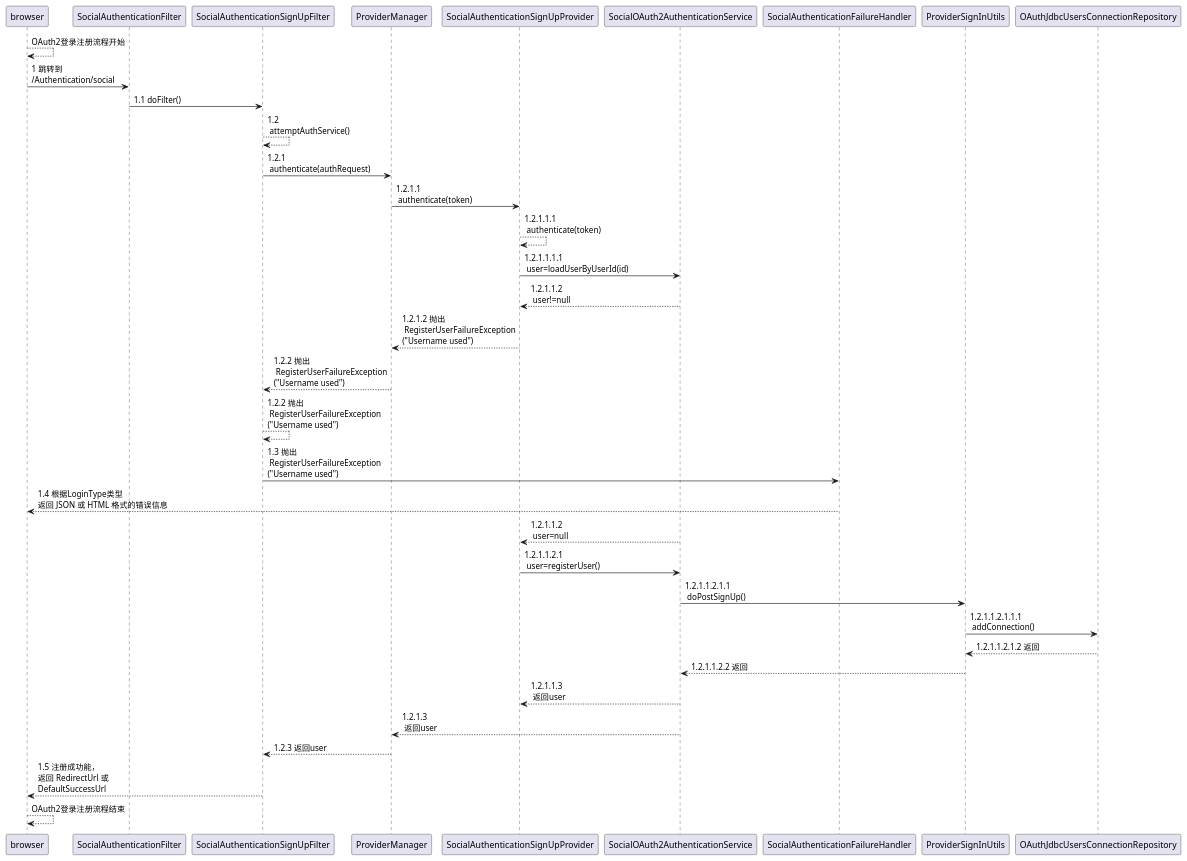
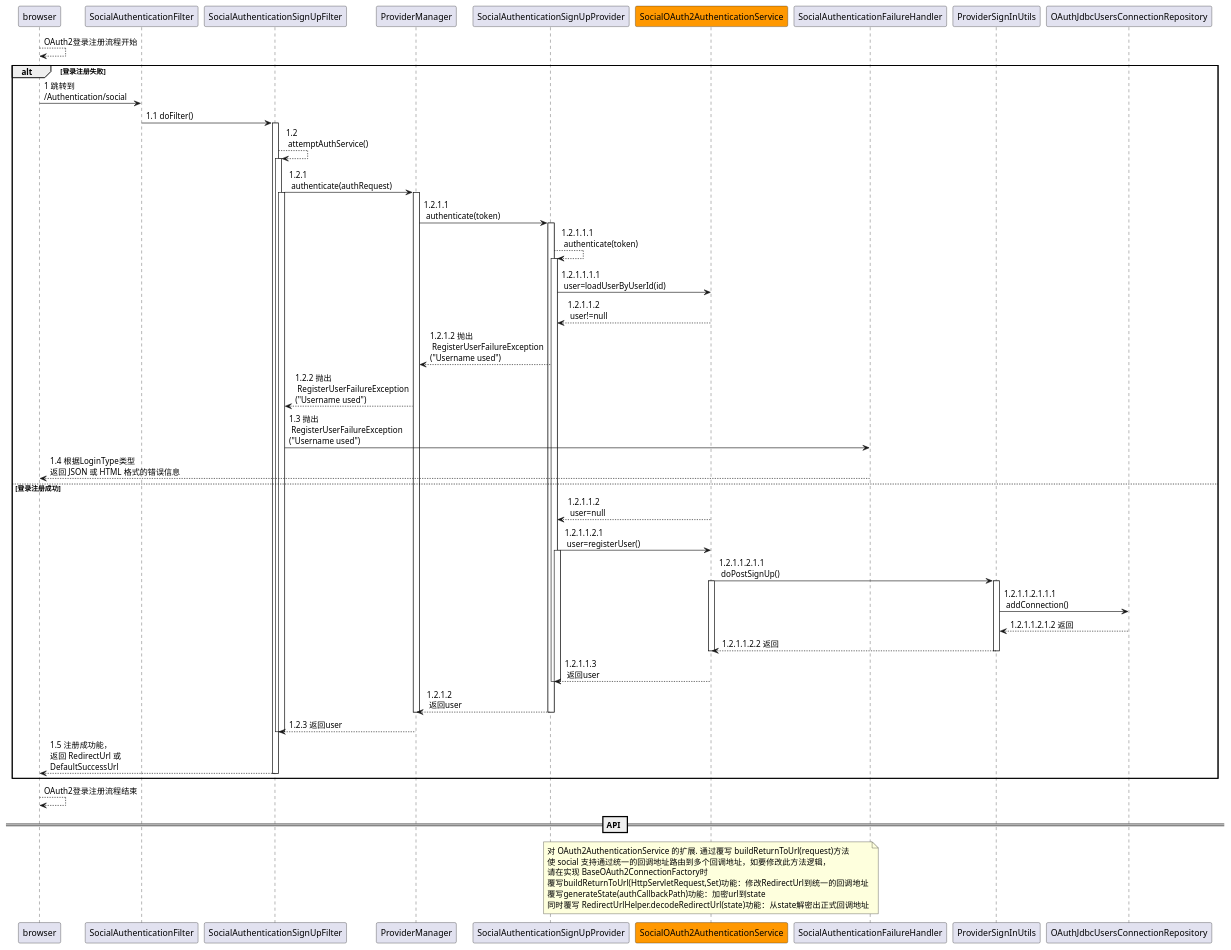
Before and after one commit to ZeroOrInfinity/UMS: the diagram in doc/OAuth2SignUp.puml, drawn with PlantUML. The commit also changed 71 other files, not shown here.

Commit message:
添加各模块的主要功能时序图，继续重构与优化代码，添加注释

```diff
--- a/doc/OAuth2SignUp.puml
+++ b/doc/OAuth2SignUp.puml
@@ -1,34 +1,59 @@
 @startuml
 
 browser --> browser: OAuth2登录注册流程开始
-
+alt 登录注册失败
 browser -> SocialAuthenticationFilter: 1 跳转到 \n/Authentication/social
 
 SocialAuthenticationFilter -> SocialAuthenticationSignUpFilter: 1.1 doFilter()
+activate SocialAuthenticationSignUpFilter
 SocialAuthenticationSignUpFilter --> SocialAuthenticationSignUpFilter: 1.2\n attemptAuthService()
+activate SocialAuthenticationSignUpFilter
 SocialAuthenticationSignUpFilter -> ProviderManager: 1.2.1\n authenticate(authRequest)
+activate SocialAuthenticationSignUpFilter
+activate ProviderManager
 ProviderManager -> SocialAuthenticationSignUpProvider: 1.2.1.1\n authenticate(token)
+activate SocialAuthenticationSignUpProvider
 SocialAuthenticationSignUpProvider --> SocialAuthenticationSignUpProvider: 1.2.1.1.1\n authenticate(token)
+activate SocialAuthenticationSignUpProvider
+participant SocialOAuth2AuthenticationService #ff9800
 SocialAuthenticationSignUpProvider -> SocialOAuth2AuthenticationService: 1.2.1.1.1.1\n user=loadUserByUserId(id)
 
 SocialOAuth2AuthenticationService --> SocialAuthenticationSignUpProvider: 1.2.1.1.2\n user!=null
 SocialAuthenticationSignUpProvider --> ProviderManager: 1.2.1.2 抛出\n RegisterUserFailureException\n("Username used")
 ProviderManager --> SocialAuthenticationSignUpFilter: 1.2.2 抛出\n RegisterUserFailureException\n("Username used")
-SocialAuthenticationSignUpFilter --> SocialAuthenticationSignUpFilter: 1.2.2 抛出\n RegisterUserFailureException\n("Username used")
 SocialAuthenticationSignUpFilter -> SocialAuthenticationFailureHandler: 1.3 抛出\n RegisterUserFailureException\n("Username used")
 SocialAuthenticationFailureHandler --> browser: 1.4 根据LoginType类型\n返回 JSON 或 HTML 格式的错误信息
-
+else 登录注册成功
 SocialOAuth2AuthenticationService --> SocialAuthenticationSignUpProvider: 1.2.1.1.2\n user=null
 SocialAuthenticationSignUpProvider -> SocialOAuth2AuthenticationService: 1.2.1.1.2.1\n user=registerUser()
+activate SocialAuthenticationSignUpProvider
 SocialOAuth2AuthenticationService -> ProviderSignInUtils: 1.2.1.1.2.1.1\n doPostSignUp()
+activate ProviderSignInUtils
+activate SocialOAuth2AuthenticationService
 ProviderSignInUtils -> OAuthJdbcUsersConnectionRepository: 1.2.1.1.2.1.1.1\n addConnection()
 OAuthJdbcUsersConnectionRepository --> ProviderSignInUtils: 1.2.1.1.2.1.2 返回
 ProviderSignInUtils --> SocialOAuth2AuthenticationService: 1.2.1.1.2.2 返回
+deactivate SocialOAuth2AuthenticationService
+deactivate ProviderSignInUtils
 SocialOAuth2AuthenticationService --> SocialAuthenticationSignUpProvider: 1.2.1.1.3\n 返回user
-SocialOAuth2AuthenticationService --> ProviderManager: 1.2.1.3\n 返回user
+deactivate SocialAuthenticationSignUpProvider
+
+deactivate SocialAuthenticationSignUpProvider
+SocialAuthenticationSignUpProvider --> ProviderManager: 1.2.1.2\n 返回user
+deactivate ProviderManager
+deactivate SocialAuthenticationSignUpProvider
 ProviderManager --> SocialAuthenticationSignUpFilter: 1.2.3 返回user
+deactivate SocialAuthenticationSignUpFilter
+deactivate SocialAuthenticationSignUpFilter
 SocialAuthenticationSignUpFilter --> browser: 1.5 注册成功能，\n返回 RedirectUrl 或 \nDefaultSuccessUrl
-
+deactivate SocialAuthenticationSignUpFilter
+end
 browser --> browser: OAuth2登录注册流程结束
 
+== API ==
+note over SocialOAuth2AuthenticationService: 对 OAuth2AuthenticationService 的扩展. 通过覆写 buildReturnToUrl(request)方法\n\
+使 social 支持通过统一的回调地址路由到多个回调地址，如要修改此方法逻辑，\n请在实现 BaseOAuth2ConnectionFactory时\n\
+覆写buildReturnToUrl(HttpServletRequest,Set)功能：修改RedirectUrl到统一的回调地址\n\
+覆写generateState(authCallbackPath)功能：加密url到state\n\
+同时覆写 RedirectUrlHelper.decodeRedirectUrl(state)功能：从state解密出正式回调地址
 @enduml
```
